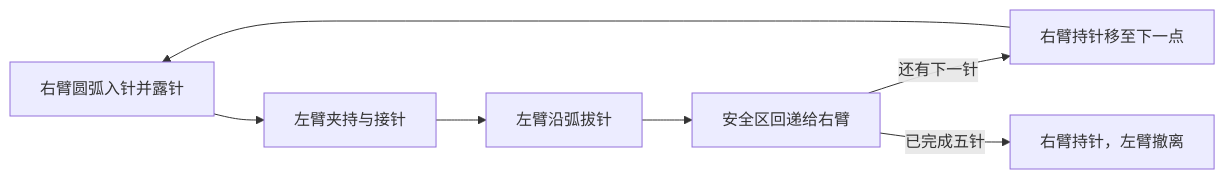
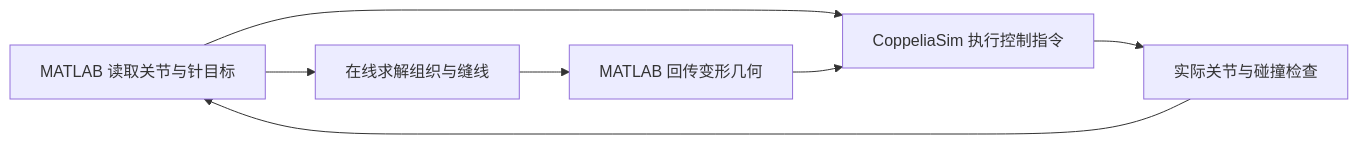
One commit to Krist21a/dual-arm-suturing-simulation changed the diagram in README.md. Above: the diagram before and after it, drawn with Mermaid. The commit also changed other lines of this file and 151 other files, not shown here.

````diff
--- a/README.md
+++ b/README.md
@@ -39,9 +31,9 @@
 ```mermaid
 flowchart LR
-    A[右臂圆弧入针并露针] --> B[左臂夹持与接针]
-    B --> C[左臂沿弧拔针]
-    C --> D[安全区回递给右臂]
-    D -->|还有下一针| E[右臂持针移至下一点]
+    A[MATLAB 读取关节与针目标] --> B[CoppeliaSim 执行控制指令]
+    A --> C[在线求解组织与缝线]
+    C --> D[MATLAB 回传变形几何]
+    D --> B
+    B --> E[实际关节与碰撞检查]
     E --> A
-    D -->|已完成五针| F[右臂持针，左臂撤离]
 ```
````
